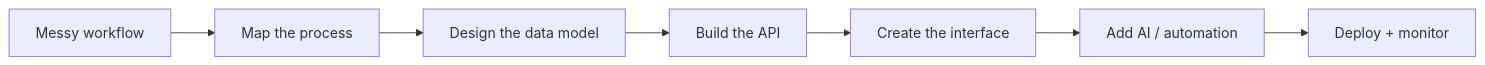
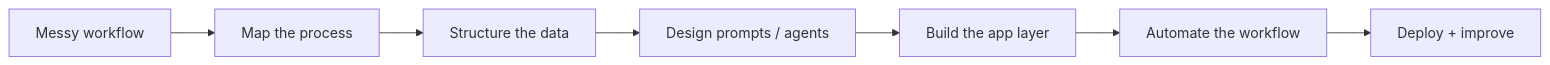
The first of 2 diagrams in README.md (ajgeorge/ajgeorge), drawn with Mermaid before and after one commit. The commit also changed other lines of this file, not shown here.

Commit message:
Retro Design

````diff
--- a/README.md
+++ b/README.md
@@ -59,9 +50,9 @@
 ```mermaid
 flowchart LR
     A[Messy workflow] --> B[Map the process]
-    B --> C[Design the data model]
-    C --> D[Build the API]
-    D --> E[Create the interface]
-    E --> F[Add AI / automation]
-    F --> G[Deploy + monitor]
+    B --> C[Structure the data]
+    C --> D[Design prompts / agents]
+    D --> E[Build the app layer]
+    E --> F[Automate the workflow]
+    F --> G[Deploy + improve]
 ```
````
